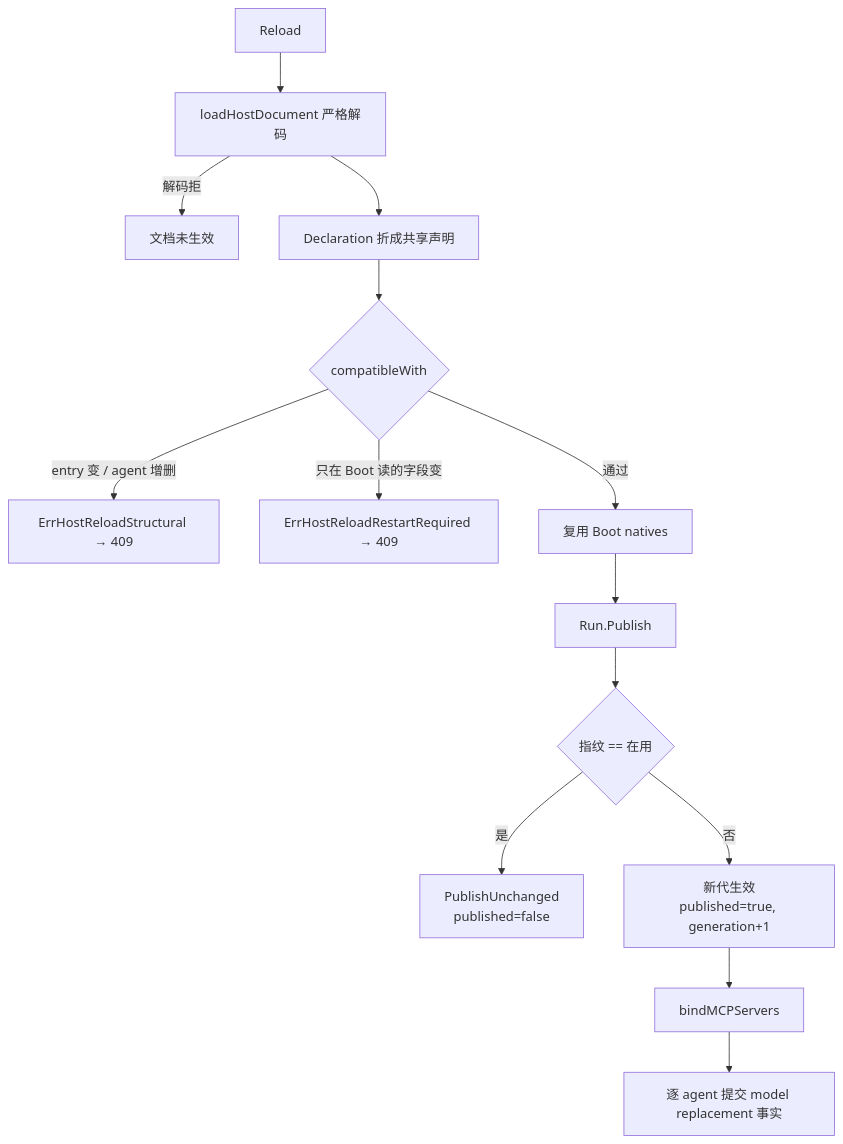
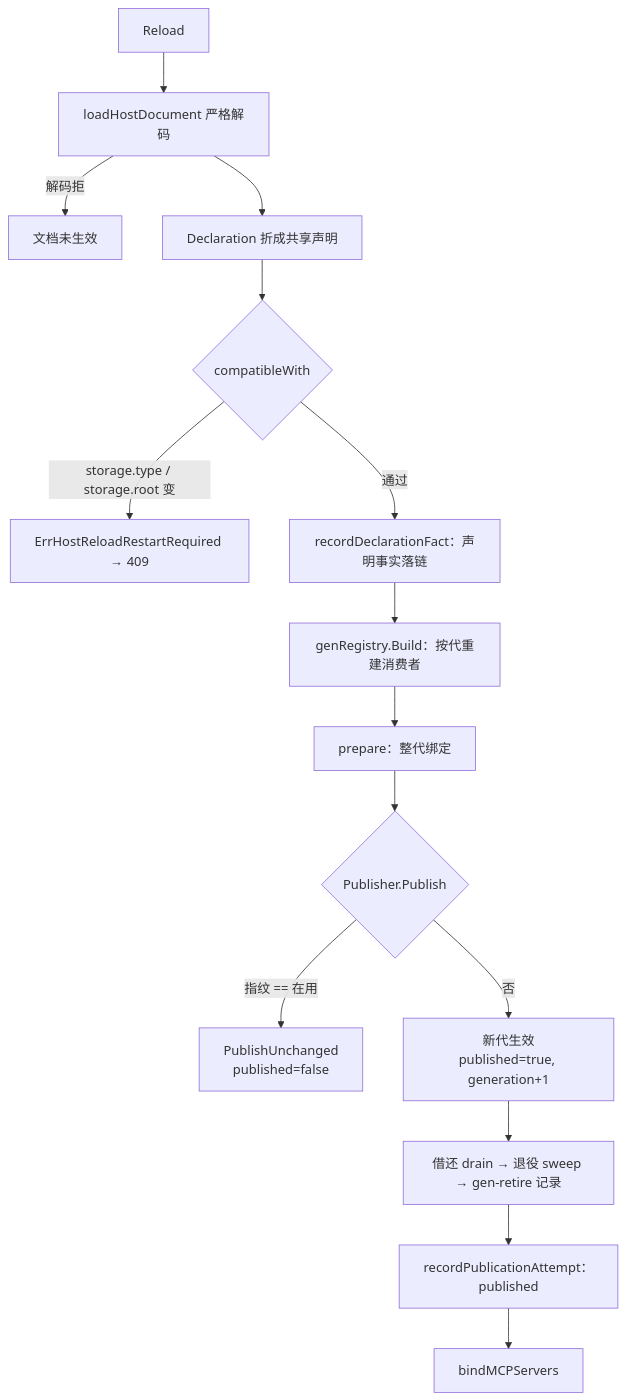
The diagram in docs/wiki/platform/org-hot-reload.md (SpellingDragon/tagent), drawn with Mermaid before and after one commit. The commit also changed other lines of this file and 710 other files, not shown here.

````diff
--- a/docs/wiki/platform/org-hot-reload.md
+++ b/docs/wiki/platform/org-hot-reload.md
@@ -10,16 +10,17 @@
 ```mermaid
 flowchart TD
   A[Reload] --> B[loadHostDocument 严格解码]
   B -->|解码拒| X[文档未生效]
   B --> C[Declaration 折成共享声明]
   C --> D{compatibleWith}
-  D -->|entry 变 / agent 增删| E[ErrHostReloadStructural → 409]
-  D -->|只在 Boot 读的字段变| F[ErrHostReloadRestartRequired → 409]
-  D -->|通过| G[复用 Boot natives]
-  G --> H[Run.Publish]
-  H --> I{指纹 == 在用}
-  I -->|是| J[PublishUnchanged<br/>published=false]
-  I -->|否| K[新代生效<br/>published=true, generation+1]
-  K --> L[bindMCPServers]
-  L --> M[逐 agent 提交 model replacement 事实]
+  D -->|storage.type / storage.root 变| F[ErrHostReloadRestartRequired → 409]
+  D -->|通过| G[recordDeclarationFact：声明事实落链]
+  G --> H[genRegistry.Build：按代重建消费者]
+  H --> I[prepare：整代绑定]
+  I --> J{Publisher.Publish}
+  J -->|指纹 == 在用| K[PublishUnchanged<br/>published=false]
+  J -->|否| L[新代生效<br/>published=true, generation+1]
+  L --> M[借还 drain → 退役 sweep → gen-retire 记录]
+  M --> N[recordPublicationAttempt：published]
+  N --> O[bindMCPServers]
 ```
````
